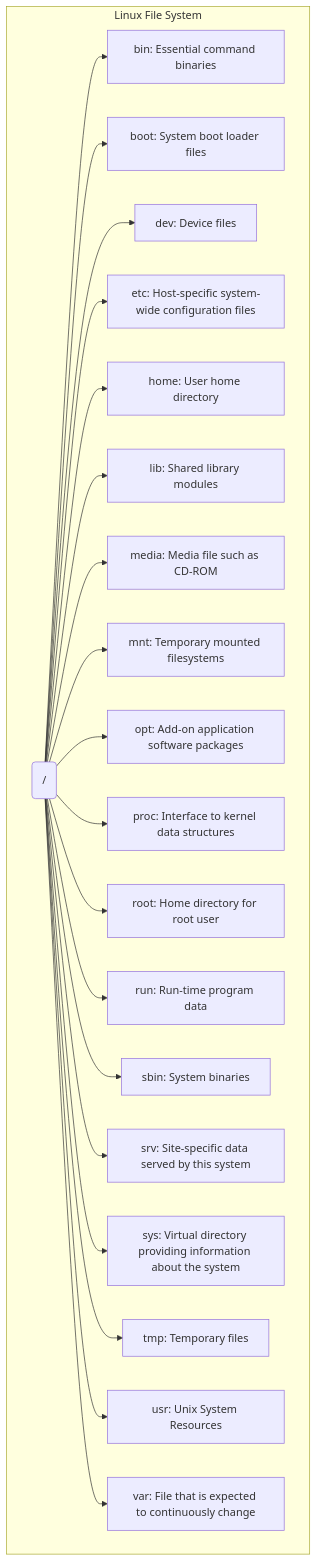
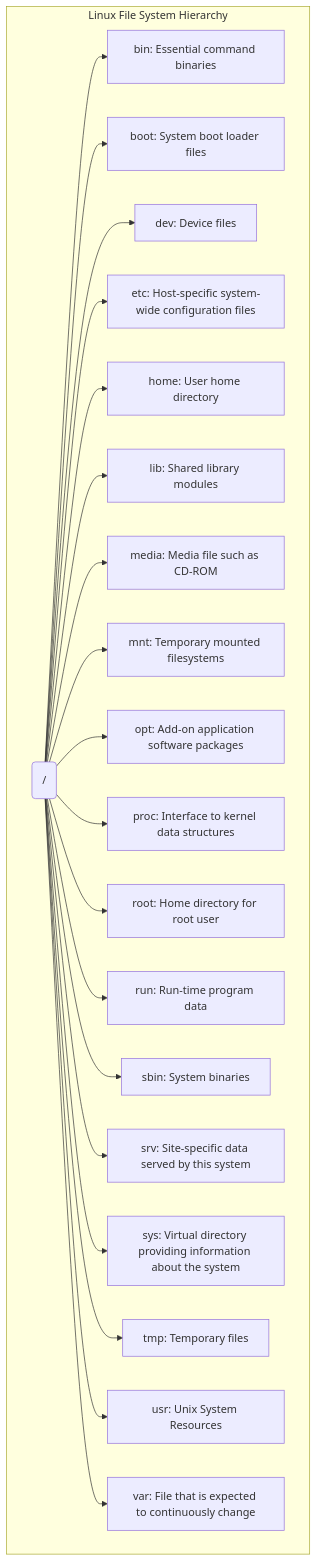
The diagram in README.md (cybersecurity-dev/Linux-FileOwl), drawn with Mermaid before and after one commit. The commit also changed other lines of this file, not shown here.

````diff
--- a/README.md
+++ b/README.md
@@ -6,23 +4,23 @@
 ```mermaid
   graph TD
-      subgraph Linux File System
+      subgraph "Linux File System Hierarchy"
           Root(/) --> bin[bin: Essential command binaries]
           Root(/) --> boot[boot: System boot loader files]
           Root(/) --> dev[dev: Device files]
           Root(/) --> etc[etc: Host-specific system-wide configuration files]
           Root(/) --> home[home: User home directory]
           Root(/) --> lib[lib: Shared library modules]
           Root(/) --> media[media: Media file such as CD-ROM]
           Root(/) --> mnt[mnt: Temporary mounted filesystems]
           Root(/) --> opt[opt: Add-on application software packages]
           Root(/) --> proc[proc: Interface to kernel data structures]
           Root(/) --> root_dir[root: Home directory for root user]
           Root(/) --> run[run: Run-time program data]
           Root(/) --> sbin[sbin: System binaries]
           Root(/) --> srv[srv: Site-specific data served by this system]
           Root(/) --> sys[sys: Virtual directory providing information about the system]
           Root(/) --> tmp[tmp: Temporary files]
           Root(/) --> usr[usr: Unix System Resources]
           Root(/) --> var[var: File that is expected to continuously change]
-      end
+    end
 ```
````
